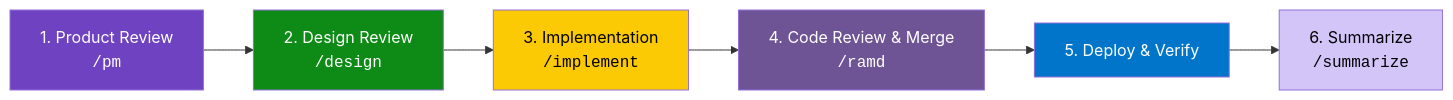
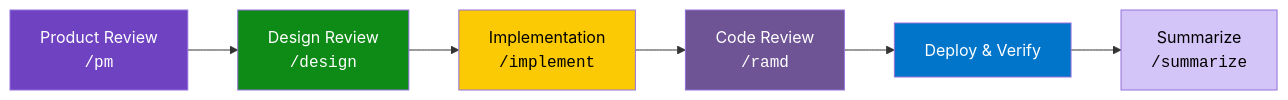
The second of 3 diagrams in docs/concepts.md (suniljames/directives), drawn with Mermaid before and after one commit. The commit also changed other lines of this file and 2 other files, not shown here.

````diff
--- a/docs/concepts.md
+++ b/docs/concepts.md
@@ -119,15 +110,15 @@
 ```mermaid
 graph LR
-    A["1. Product Review<br/><code>/pm</code>"] --> B["2. Design Review<br/><code>/design</code>"]
-    B --> C["3. Implementation<br/><code>/implement</code>"]
-    C --> D["4. Code Review & Merge<br/><code>/ramd</code>"]
-    D --> E["5. Deploy & Verify"]
-    E --> F["6. Summarize<br/><code>/summarize</code>"]
+    A["Product Review<br/><code>/pm</code>"] --> B["Design Review<br/><code>/design</code>"]
+    B --> C["Implementation<br/><code>/implement</code>"]
+    C --> D["Code Review<br/><code>/ramd</code>"]
+    D --> E["Deploy & Verify"]
+    E --> F["Summarize<br/><code>/summarize</code>"]
 
     style A fill:#6f42c1,color:#fff
     style B fill:#0e8a16,color:#fff
     style C fill:#fbca04,color:#000
     style D fill:#6e5494,color:#fff
     style E fill:#0075ca,color:#fff
     style F fill:#d4c5f9,color:#000
 ```
````
